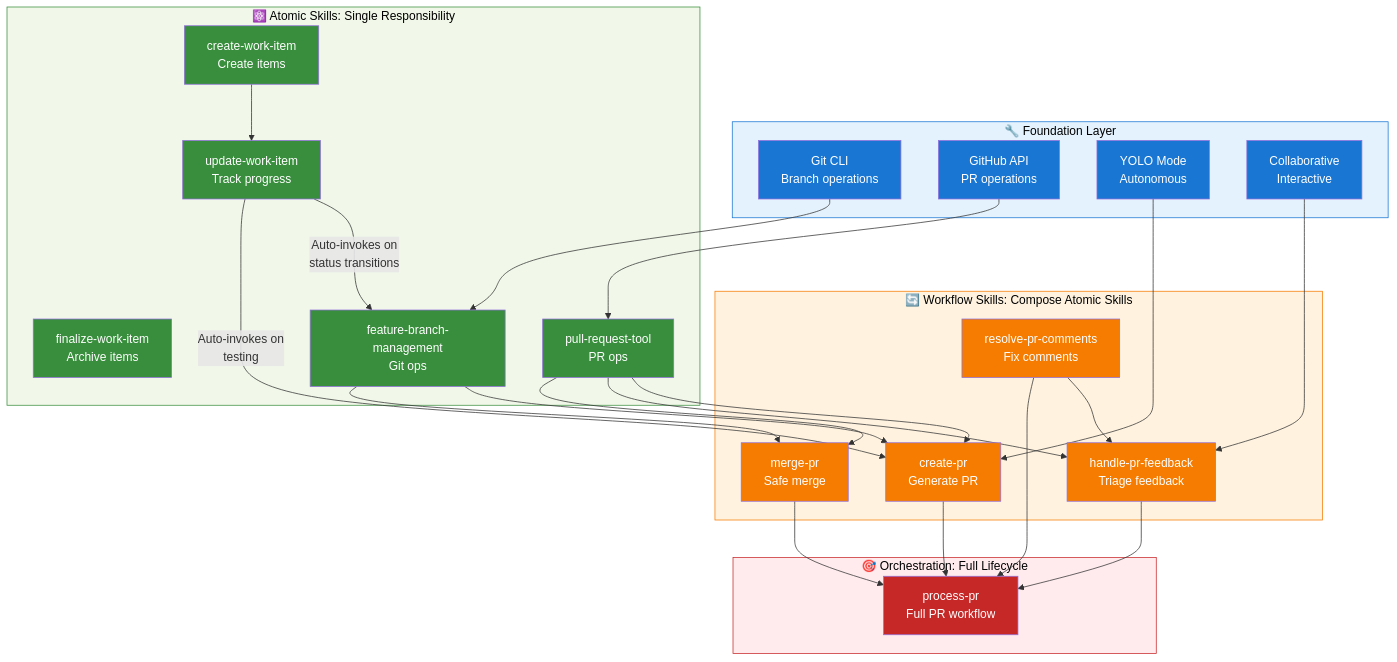
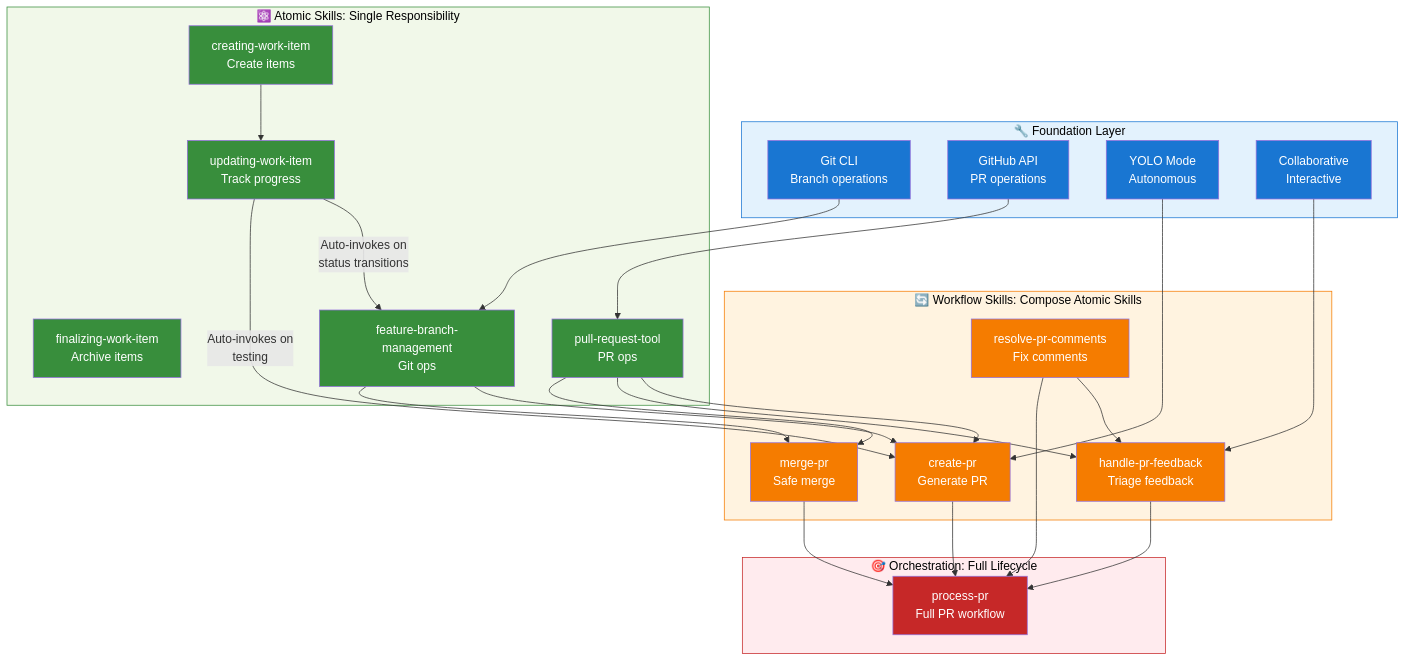
One commit to squirrel289/pax changed the first of 8 diagrams in docs/WORK_MANAGEMENT_INTEGRATION.md. Above: the diagram before and after it, drawn with Mermaid. The commit also changed other lines of this file and 29 other files, not shown here.

First line of the commit message:
refactor(work-items): move to tools directory, adopt gerund-noun naming

````diff
--- a/docs/WORK_MANAGEMENT_INTEGRATION.md
+++ b/docs/WORK_MANAGEMENT_INTEGRATION.md
@@ -37,68 +37,68 @@
 ```mermaid
 graph TB
     subgraph Foundation["🔧 Foundation Layer"]
         GIT["Git CLI<br/>Branch operations"]
         GHAPI["GitHub API<br/>PR operations"]
         YOLO["YOLO Mode<br/>Autonomous"]
         COLLAB["Collaborative<br/>Interactive"]
     end
-    
+
     subgraph Atomic["⚛️ Atomic Skills: Single Responsibility"]
-        CWI["create-work-item<br/>Create items"]
-        UWI["update-work-item<br/>Track progress"]
-        FWI["finalize-work-item<br/>Archive items"]
+        CWI["creating-work-item<br/>Create items"]
+        UWI["updating-work-item<br/>Track progress"]
+        FWI["finalizing-work-item<br/>Archive items"]
         BM["feature-branch-management<br/>Git ops"]
         PRT["pull-request-tool<br/>PR ops"]
     end
-    
+
     subgraph Workflow["🔄 Workflow Skills: Compose Atomic Skills"]
         CPR["create-pr<br/>Generate PR"]
         HPF["handle-pr-feedback<br/>Triage feedback"]
         RPC["resolve-pr-comments<br/>Fix comments"]
         MRP["merge-pr<br/>Safe merge"]
     end
-    
+
     subgraph Orchestration["🎯 Orchestration: Full Lifecycle"]
         PPR["process-pr<br/>Full PR workflow"]
     end
-    
+
     GIT --> BM
     GHAPI --> PRT
     YOLO --> CPR
     COLLAB --> HPF
-    
+
     CWI --> UWI
     UWI -->|"Auto-invokes on<br/>status transitions"| BM
     UWI -->|"Auto-invokes on<br/>testing"| CPR
-    
+
     BM --> CPR
     PRT --> CPR
     PRT --> HPF
     RPC --> HPF
     PRT --> MRP
     BM --> MRP
-    
+
     CPR --> PPR
     HPF --> PPR
     RPC --> PPR
     MRP --> PPR
-    
+
     classDef dashedBorder stroke-width:2px,stroke-dasharray:5,5
     class Foundation,Atomic,Workflow,Orchestration dashedBorder
-    
+
     classDef foundationNodes fill:#1976d2,color:#fff
     style Foundation fill:#e3f2fd,stroke:#1976d2,color:#000
     class GIT,GHAPI,YOLO,COLLAB foundationNodes
-    
+
     classDef atomicNodes fill:#388e3c,color:#fff
     style Atomic fill:#f1f8e9,stroke:#388e3c,color:#000
     class CWI,UWI,FWI,BM,PRT atomicNodes
-    
+
     classDef workflowNodes fill:#f57c00,color:#fff
     style Workflow fill:#fff3e0,stroke:#f57c00,color:#000
     class CPR,HPF,RPC,MRP workflowNodes
-    
+
     style Orchestration fill:#ffebee,stroke:#c62828,color:#000
     style PPR fill:#c62828,color:#fff
 
 ```
````
